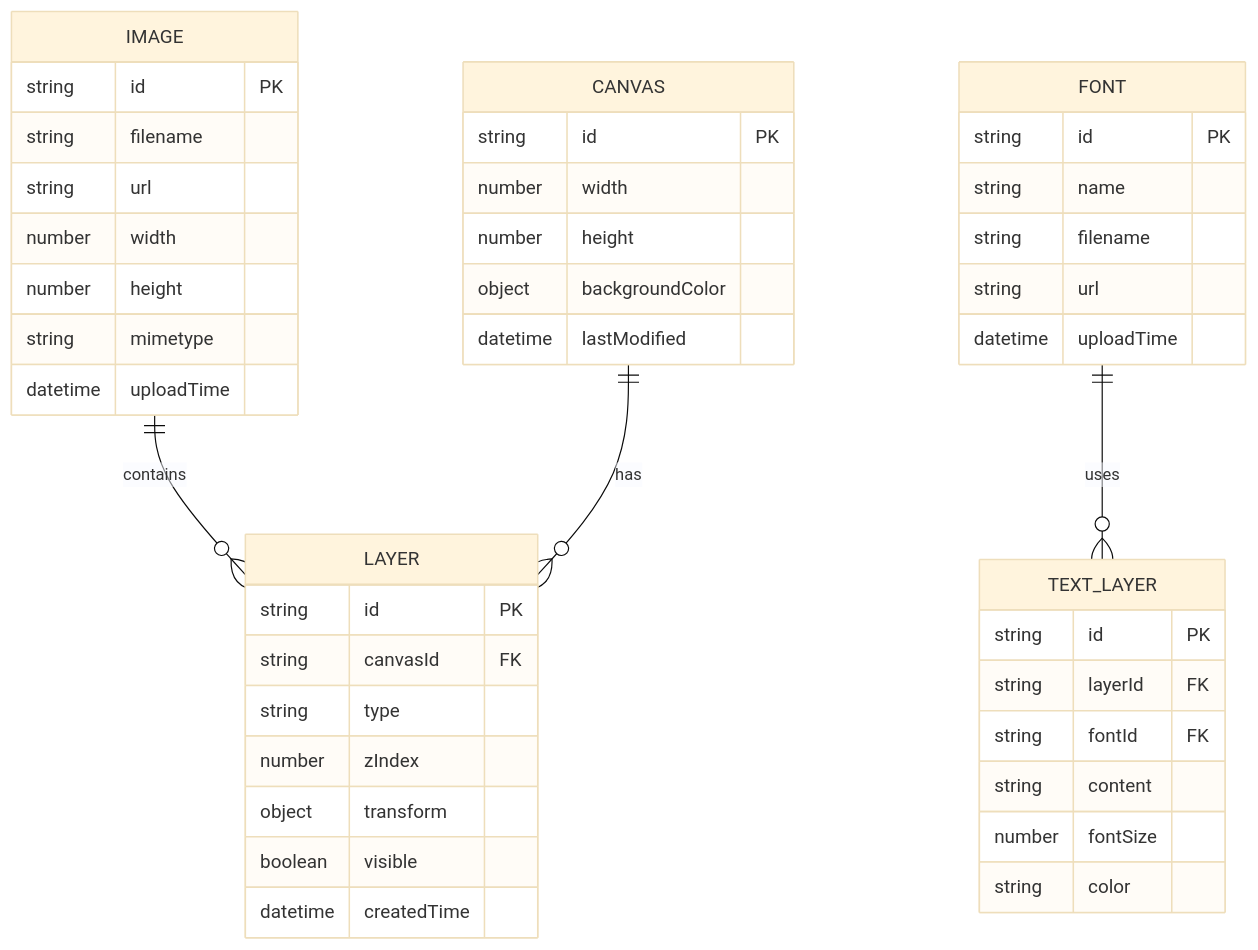
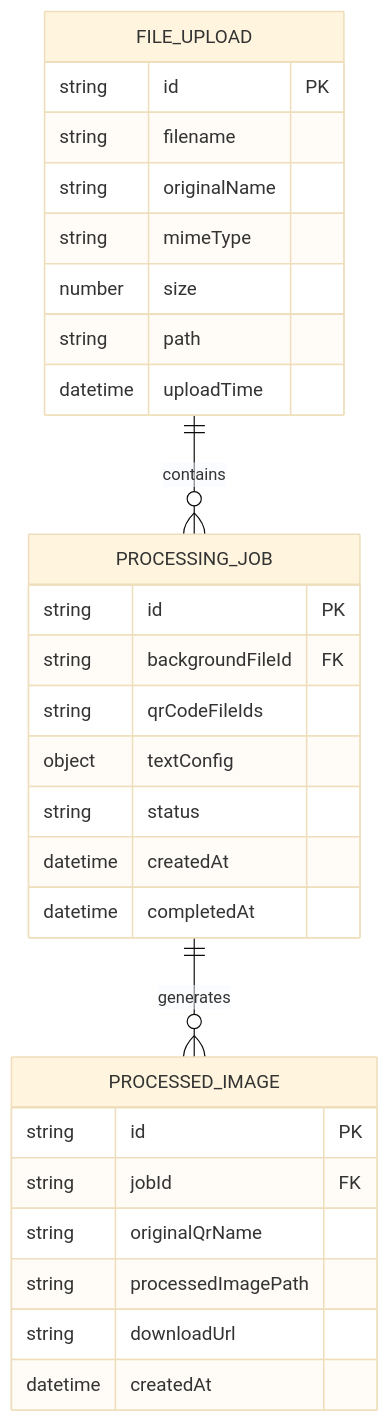
Before and after one commit to superworld213/esay-image: the third of 3 diagrams in .trae/documents/technical_architecture.md, drawn with Mermaid (base theme). The commit also changed other lines of this file and 6320 other files, not shown here.

````diff
--- a/.trae/documents/technical_architecture.md
+++ b/.trae/documents/technical_architecture.md
@@ -175,51 +164,34 @@
 ```mermaid
 erDiagram
-  IMAGE ||--o{ LAYER : contains
-  CANVAS ||--o{ LAYER : has
-  FONT ||--o{ TEXT_LAYER : uses
+  FILE_UPLOAD ||--o{ PROCESSING_JOB : contains
+  PROCESSING_JOB ||--o{ PROCESSED_IMAGE : generates
   
-  IMAGE {
+  FILE_UPLOAD {
     string id PK
     string filename
-    string url
-    number width
-    number height
-    string mimetype
+    string originalName
+    string mimeType
+    number size
+    string path
     datetime uploadTime
   }
   
-  LAYER {
+  PROCESSING_JOB {
     string id PK
-    string canvasId FK
-    string type
-    number zIndex
-    object transform
-    boolean visible
-    datetime createdTime
+    string backgroundFileId FK
+    string qrCodeFileIds
+    object textConfig
+    string status
+    datetime createdAt
+    datetime completedAt
   }
   
-  CANVAS {
+  PROCESSED_IMAGE {
     string id PK
-    number width
-    number height
-    object backgroundColor
-    datetime lastModified
-  }
-  
-  FONT {
-    string id PK
-    string name
-    string filename
-    string url
-    datetime uploadTime
-  }
-  
-  TEXT_LAYER {
-    string id PK
-    string layerId FK
-    string fontId FK
-    string content
-    number fontSize
-    string color
+    string jobId FK
+    string originalQrName
+    string processedImagePath
+    string downloadUrl
+    datetime createdAt
   }
 ```
````
